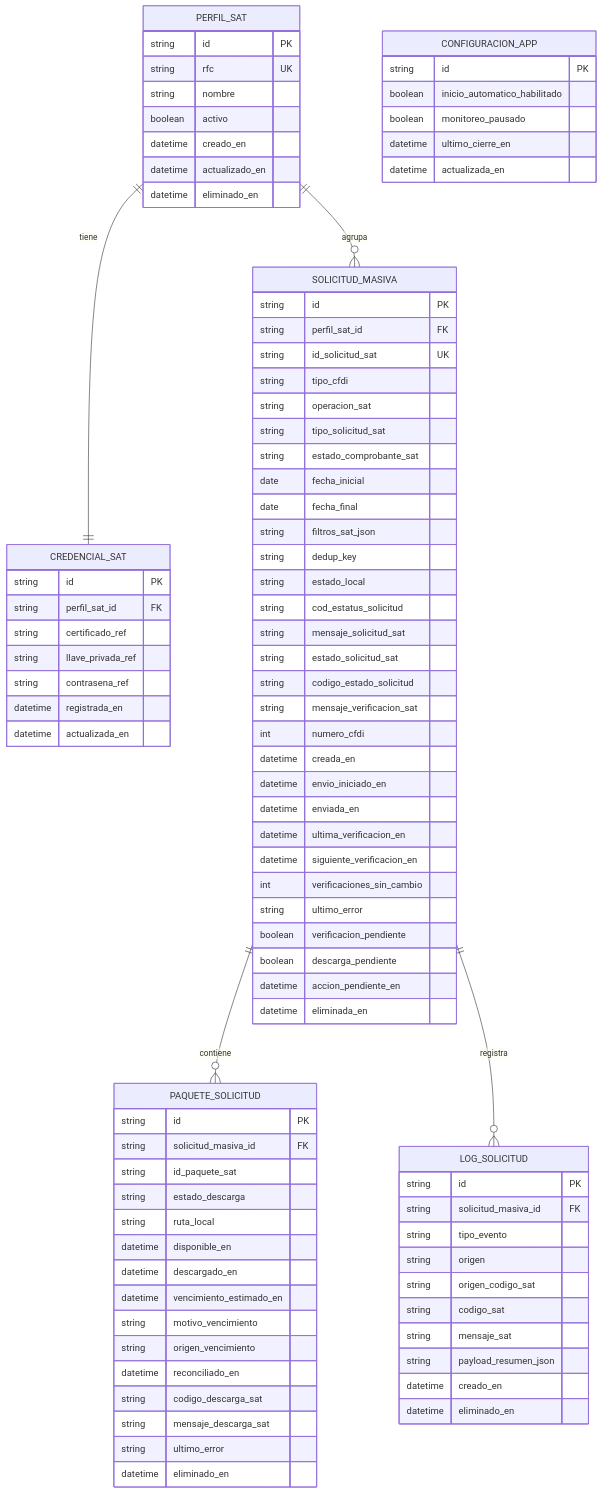
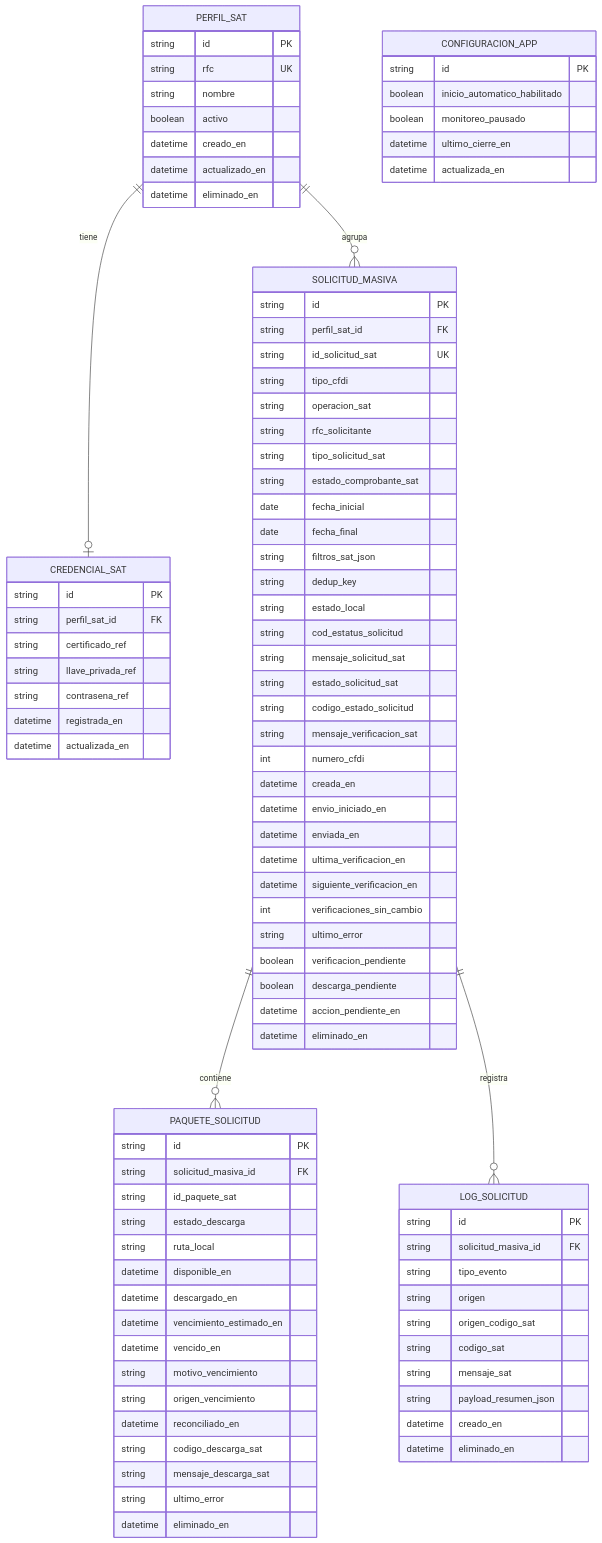
Before and after one commit to irritila/sat-cfdi-downloader: diagram 21 of 21 in docs/architecture.md, drawn with Mermaid. The commit also changed other lines of this file and 6 other files, not shown here.

````diff
--- a/docs/architecture.md
+++ b/docs/architecture.md
@@ -1665,6 +1683,6 @@
 ```mermaid
 erDiagram
-    PERFIL_SAT ||--|| CREDENCIAL_SAT : tiene
+    PERFIL_SAT ||--o| CREDENCIAL_SAT : tiene
     PERFIL_SAT ||--o{ SOLICITUD_MASIVA : agrupa
     SOLICITUD_MASIVA ||--o{ PAQUETE_SOLICITUD : contiene
     SOLICITUD_MASIVA ||--o{ LOG_SOLICITUD : registra
@@ -1695,6 +1713,7 @@
         string id_solicitud_sat UK
         string tipo_cfdi
         string operacion_sat
+        string rfc_solicitante
         string tipo_solicitud_sat
         string estado_comprobante_sat
         date fecha_inicial
@@ -1718,7 +1737,7 @@
         boolean verificacion_pendiente
         boolean descarga_pendiente
         datetime accion_pendiente_en
-        datetime eliminada_en
+        datetime eliminado_en
     }
 
     PAQUETE_SOLICITUD {
@@ -1730,6 +1749,7 @@
         datetime disponible_en
         datetime descargado_en
         datetime vencimiento_estimado_en
+        datetime vencido_en
         string motivo_vencimiento
         string origen_vencimiento
         datetime reconciliado_en
````
